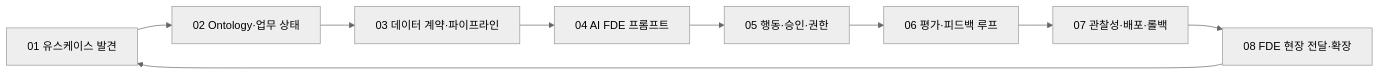
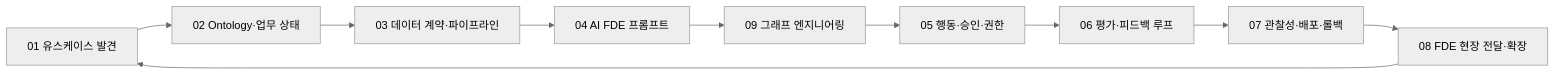
One commit to tttksj404/palantir-ax-playbook changed the diagram in docs/GITHUB-AX-SKILLS-CATALOG.md. Above: the diagram before and after it, drawn with Mermaid (neutral theme). The commit also changed other lines of this file and 7 other files, not shown here.

Commit message:
docs: add graph engineering playbook and skill

````diff
--- a/docs/GITHUB-AX-SKILLS-CATALOG.md
+++ b/docs/GITHUB-AX-SKILLS-CATALOG.md
@@ -18,11 +19,12 @@
 ```mermaid
 flowchart LR
     A[01 유스케이스 발견] --> B[02 Ontology·업무 상태]
     B --> C[03 데이터 계약·파이프라인]
     C --> D[04 AI FDE 프롬프트]
-    D --> E[05 행동·승인·권한]
+    D --> I[09 그래프 엔지니어링]
+    I --> E[05 행동·승인·권한]
     E --> F[06 평가·피드백 루프]
     F --> G[07 관찰성·배포·롤백]
     G --> H[08 FDE 현장 전달·확장]
     H --> A
 ```
````
